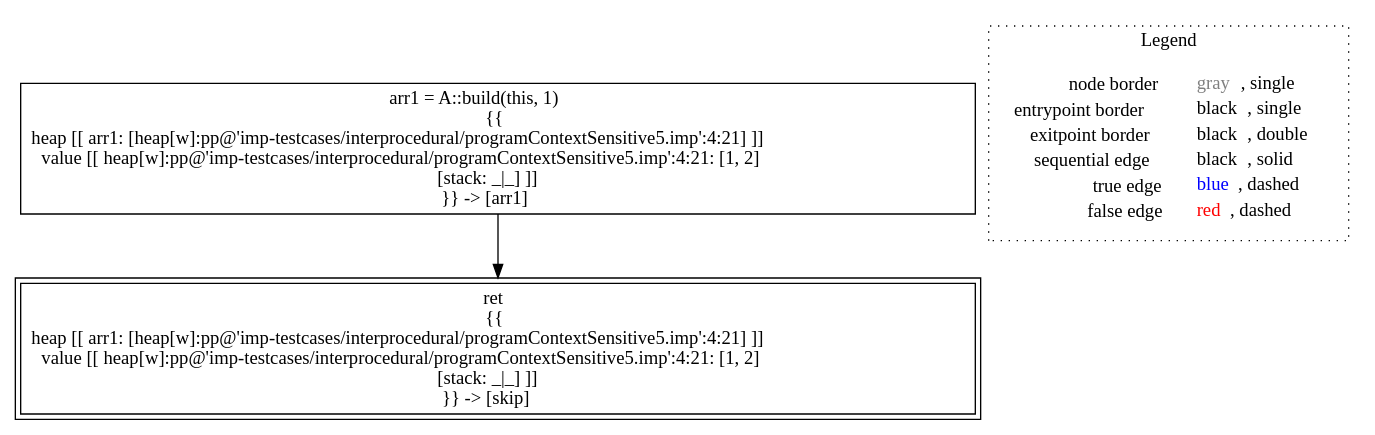
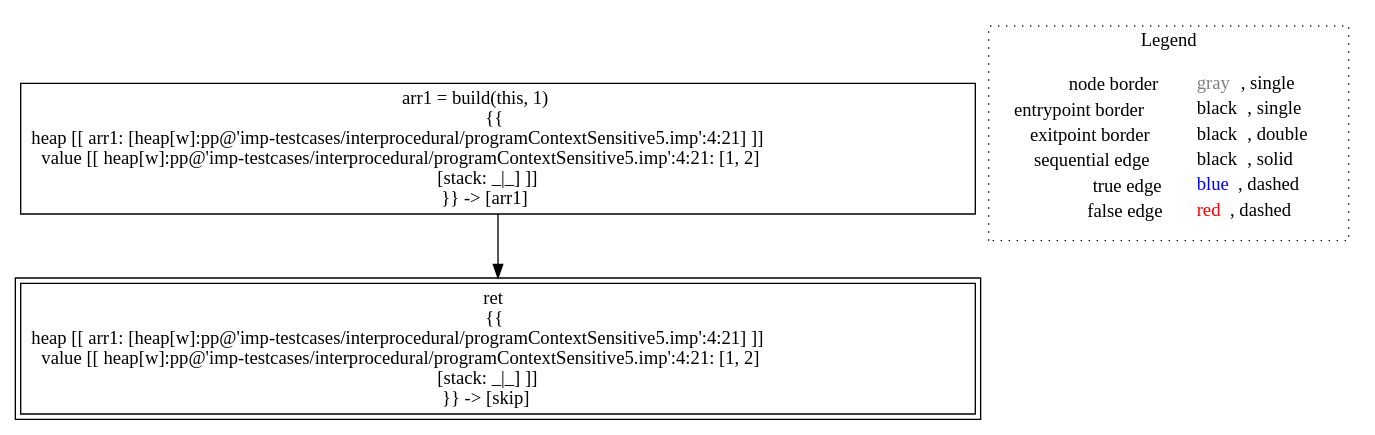
One commit to lisa-analyzer/lisa changed the diagram in lisa/lisa-core/imp-testcases/interprocedural/RTAContextSensitive6/analysis___untyped_A.main(A__this).dot. Above: the diagram before and after it, drawn with Graphviz. The commit also changed 36 other files, not shown here.

```diff
--- a/lisa/lisa-core/imp-testcases/interprocedural/RTAContextSensitive6/analysis___untyped_A.main(A__this).dot
+++ b/lisa/lisa-core/imp-testcases/interprocedural/RTAContextSensitive6/analysis___untyped_A.main(A__this).dot
@@ -1,12 +1,12 @@
 digraph {
-	"node0" [shape="rect",color="black",label=<arr1 = A::build(this, 1)<BR/>{{<BR/>heap [[ arr1: [heap[w]:pp@'imp-testcases/interprocedural/programContextSensitive5.imp':4:21] ]]<BR/>value [[ heap[w]:pp@'imp-testcases/interprocedural/programContextSensitive5.imp':4:21: [1, 2]<BR/>[stack: _|_] ]]<BR/>}} -&gt; [arr1]>];
+	"node0" [shape="rect",color="black",label=<arr1 = build(this, 1)<BR/>{{<BR/>heap [[ arr1: [heap[w]:pp@'imp-testcases/interprocedural/programContextSensitive5.imp':4:21] ]]<BR/>value [[ heap[w]:pp@'imp-testcases/interprocedural/programContextSensitive5.imp':4:21: [1, 2]<BR/>[stack: _|_] ]]<BR/>}} -&gt; [arr1]>];
 	"node1" [shape="rect",color="black",peripheries="2",label=<ret<BR/>{{<BR/>heap [[ arr1: [heap[w]:pp@'imp-testcases/interprocedural/programContextSensitive5.imp':4:21] ]]<BR/>value [[ heap[w]:pp@'imp-testcases/interprocedural/programContextSensitive5.imp':4:21: [1, 2]<BR/>[stack: _|_] ]]<BR/>}} -&gt; [skip]>];
 	"node0" -> "node1" [color="black"];
 subgraph cluster_legend {
 	label="Legend";
 	style=dotted;
 	node [shape=plaintext];
 	"legend" [label=<<table border="0" cellpadding="2" cellspacing="0" cellborder="0"><tr><td align="right">node border&nbsp;</td><td align="left"><font color="gray">gray</font>, single</td></tr><tr><td align="right">entrypoint border&nbsp;</td><td align="left"><font color="black">black</font>, single</td></tr><tr><td align="right">exitpoint border&nbsp;</td><td align="left"><font color="black">black</font>, double</td></tr><tr><td align="right">sequential edge&nbsp;</td><td align="left"><font color="black">black</font>, solid</td></tr><tr><td align="right">true edge&nbsp;</td><td align="left"><font color="blue">blue</font>, dashed</td></tr><tr><td align="right">false edge&nbsp;</td><td align="left"><font color="red">red</font>, dashed</td></tr></table>>];
 }
 
 }
```
